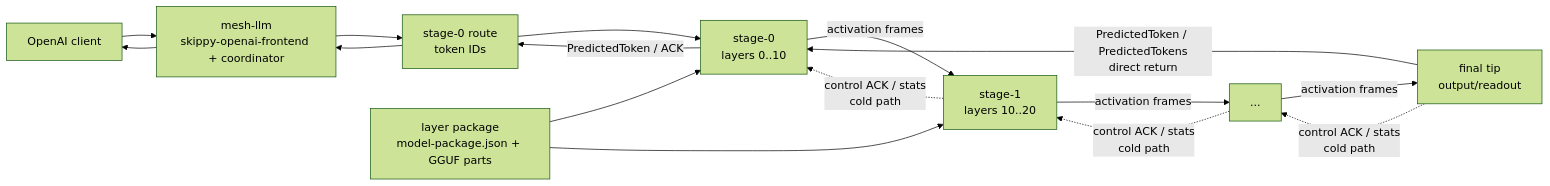
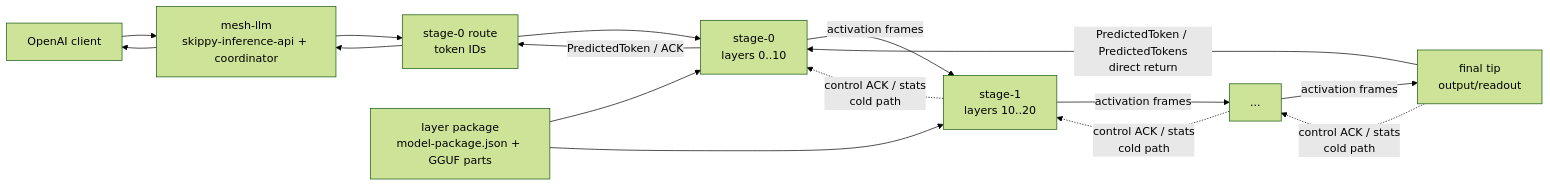
Before and after one commit to 76287298092/mesh-llm: the first of 3 diagrams in skippy/crates/skippy-serving/README.md, drawn with Mermaid (forest theme). The commit also changed other lines of this file and 200 other files, not shown here.

Commit message:
refactor(skippy): rename frontend crate to inference API

````diff
--- a/skippy/crates/skippy-serving/README.md
+++ b/skippy/crates/skippy-serving/README.md
@@ -49,20 +49,20 @@
 ```mermaid
 flowchart LR
-    C["OpenAI client"] --> Mesh["mesh-llm<br/>skippy-openai-frontend + coordinator"]
+    C["OpenAI client"] --> Mesh["mesh-llm<br/>skippy-inference-api + coordinator"]
     Mesh --> D["stage-0 route<br/>token IDs"]
     D --> S0["stage-0<br/>layers 0..10"]
     S0 -->|activation frames| S1["stage-1<br/>layers 10..20"]
     S1 -->|activation frames| S2["..."]
     S2 -->|activation frames| SF["final tip<br/>output/readout"]
     SF -->|PredictedToken / PredictedTokens<br/>direct return| S0
     S0 -->|PredictedToken / ACK| D
     D --> Mesh
     Mesh --> C
 
     SF -.->|control ACK / stats<br/>cold path| S2
     S2 -.->|control ACK / stats<br/>cold path| S1
     S1 -.->|control ACK / stats<br/>cold path| S0
 
     P["layer package<br/>model-package.json + GGUF parts"] --> S0
     P --> S1
 ```
````
